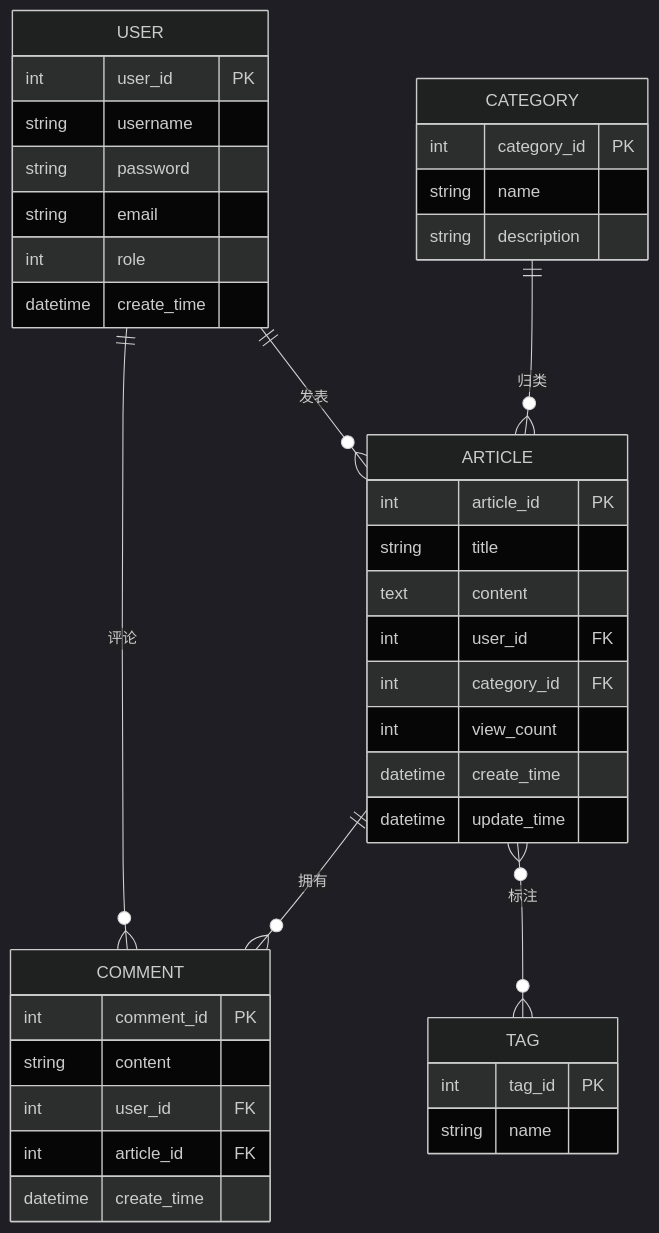
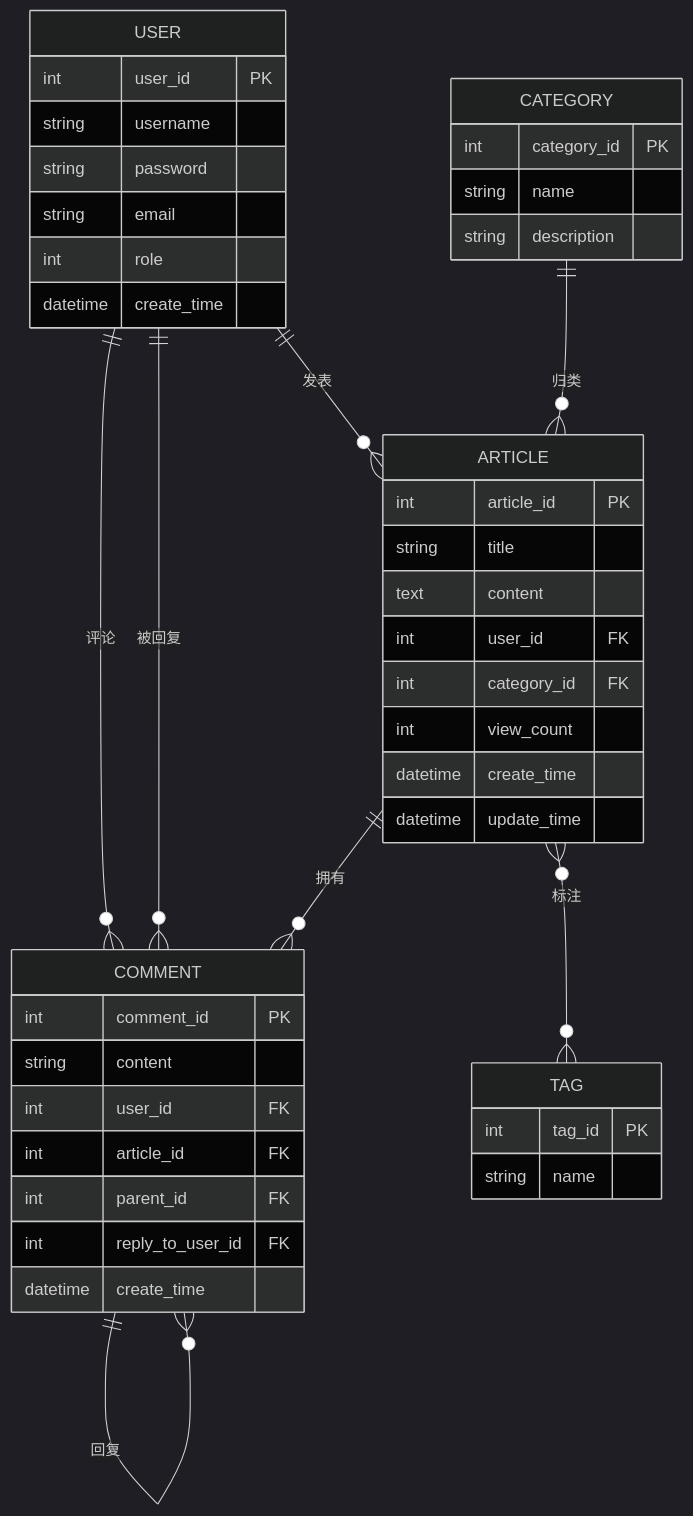
Before and after one commit to riverstarmeltsnow/knowledge-blog: the second of 2 diagrams in docs/数据库设计文档.md, drawn with Mermaid (dark theme). The commit also changed other lines of this file and 12 other files, not shown here.

First line of the commit message:
评论支持回复：加 parent_id 和 reply_to_user_id 字段

````diff
--- a/docs/数据库设计文档.md
+++ b/docs/数据库设计文档.md
@@ -52,43 +53,47 @@
 ```mermaid
 erDiagram
     USER ||--o{ ARTICLE : "发表"
     USER ||--o{ COMMENT : "评论"
+    USER ||--o{ COMMENT : "被回复"
     CATEGORY ||--o{ ARTICLE : "归类"
     ARTICLE ||--o{ COMMENT : "拥有"
+    COMMENT ||--o{ COMMENT : "回复"
     ARTICLE }o--o{ TAG : "标注"
 
     USER {
         int user_id PK
         string username
         string password
         string email
         int role
         datetime create_time
     }
     ARTICLE {
         int article_id PK
         string title
         text content
         int user_id FK
         int category_id FK
         int view_count
         datetime create_time
         datetime update_time
     }
     CATEGORY {
         int category_id PK
         string name
         string description
     }
     TAG {
         int tag_id PK
         string name
     }
     COMMENT {
         int comment_id PK
         string content
         int user_id FK
         int article_id FK
+        int parent_id FK
+        int reply_to_user_id FK
         datetime create_time
     }
 ```
````
